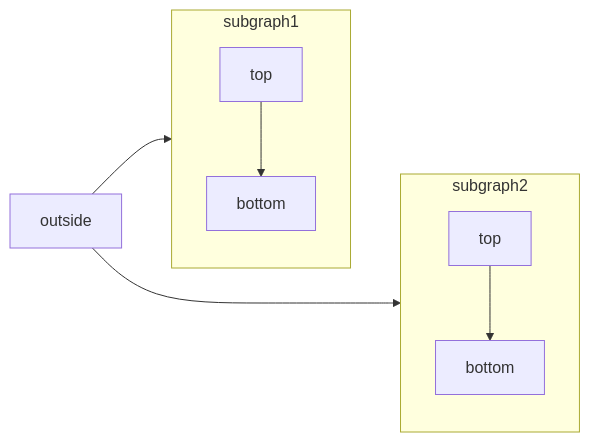
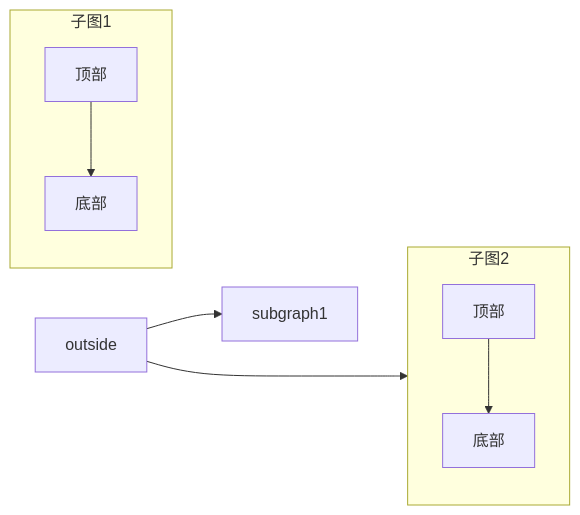
The diagram in zh/components/mermaid-diagrams.mdx (brian-lou/mintlify-docs), drawn with Mermaid before and after one commit. The commit also changed other lines of this file and 566 other files, not shown here.

````diff
--- a/zh/components/mermaid-diagrams.mdx
+++ b/zh/components/mermaid-diagrams.mdx
@@ -11,18 +11,18 @@
 ```mermaid placement="top-right"
   flowchart LR
-    subgraph subgraph1
+    subgraph 子图1
         direction TB
-        top1[top] --> bottom1[bottom]
+        top1[顶部] --> bottom1[底部]
     end
-    subgraph subgraph2
+    subgraph 子图2
         direction TB
-        top2[top] --> bottom2[bottom]
+        top2[顶部] --> bottom2[底部]
     end
-    %% ^ 这两个子图完全相同，区别仅在于指向它们的链接：
+    %% ^ These subgraphs are identical, except for the links to them:
 
-    %% 链接 *指向* subgraph1：subgraph1 的方向保持不变
+    %% Link *to* subgraph1: subgraph1 direction is maintained
     outside --> subgraph1
-    %% 链接 *位于* subgraph2 *内部*：
-    %% subgraph2 继承顶层图的方向（LR）
+    %% Link *within* subgraph2:
+    %% subgraph2 inherits the direction of the top-level graph (LR)
     outside ---> top2
 ```
````
